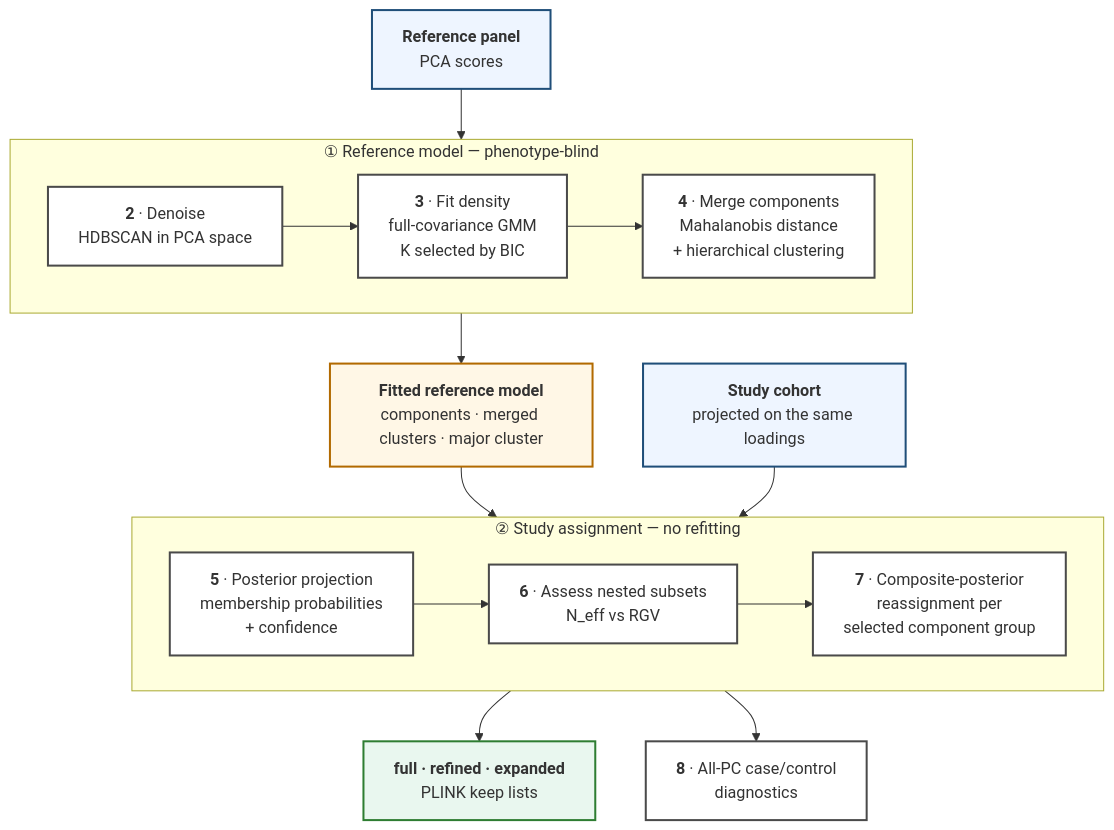
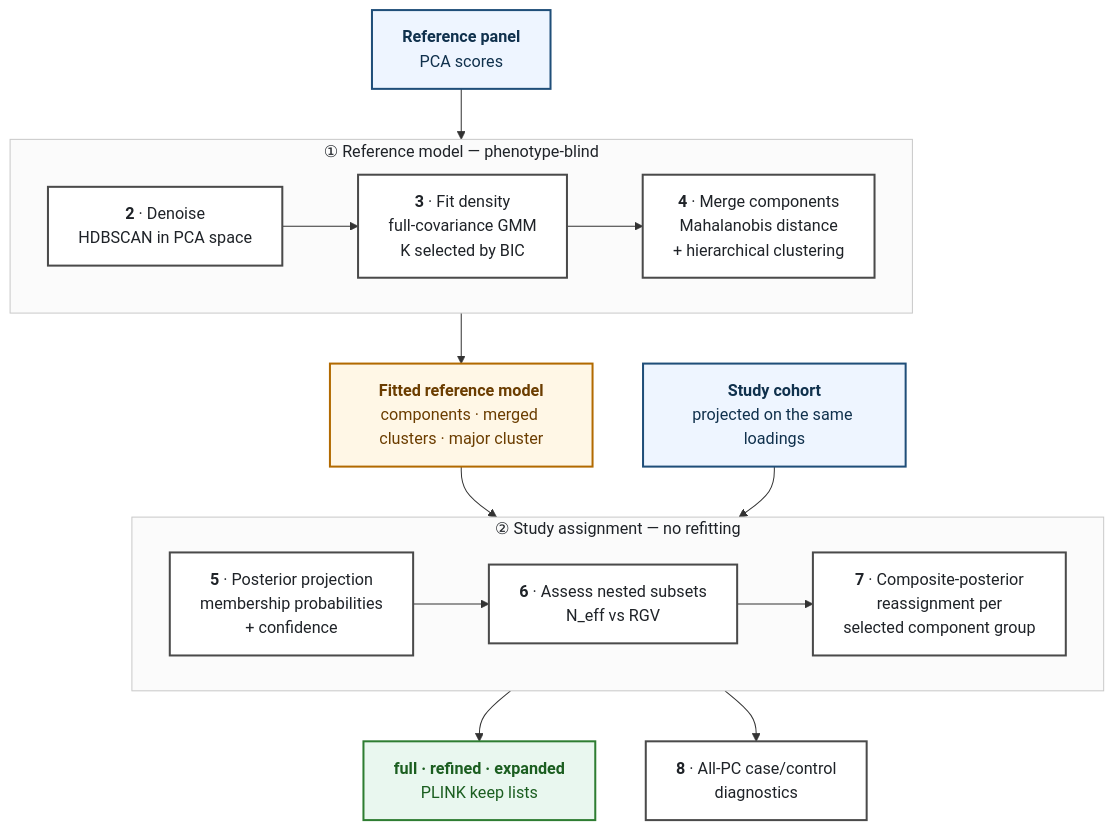
The diagram in README.md (ZhaoTie-re/PopGMM), drawn with Mermaid before and after one commit.

Commit message:
Enhance Mermaid diagram styles for improved readability and consistency

````diff
--- a/README.md
+++ b/README.md
@@ -78,38 +78,41 @@
 ```mermaid
 flowchart TB
-    classDef in fill:#eef5ff,stroke:#1f4e79,stroke-width:2px;
-    classDef step fill:#ffffff,stroke:#4a4a4a,stroke-width:2px;
-    classDef model fill:#fff7e6,stroke:#b26a00,stroke-width:2px;
-    classDef out fill:#e9f7ef,stroke:#2e7d32,stroke-width:2px;
+    classDef in fill:#eef5ff,stroke:#1f4e79,stroke-width:2px,color:#10314d;
+    classDef step fill:#ffffff,stroke:#4a4a4a,stroke-width:2px,color:#1f2328;
+    classDef model fill:#fff7e6,stroke:#b26a00,stroke-width:2px,color:#6b3d00;
+    classDef out fill:#e9f7ef,stroke:#2e7d32,stroke-width:2px,color:#1b5e20;
 
     X0["<b>Reference panel</b><br/>PCA scores"]:::in
     X1["<b>Study cohort</b><br/>projected on the same loadings"]:::in
 
     subgraph LEARN["① Reference model — phenotype-blind"]
         direction LR
         A1["<b>2</b> · Denoise<br/>HDBSCAN in PCA space"]:::step
         A2["<b>3</b> · Fit density<br/>full-covariance GMM<br/>K selected by BIC"]:::step
         A3["<b>4</b> · Merge components<br/>Mahalanobis distance<br/>+ hierarchical clustering"]:::step
         A1 --> A2 --> A3
     end
 
     THETA["<b>Fitted reference model</b><br/>components · merged clusters · major cluster"]:::model
 
     subgraph ASSIGN["② Study assignment — no refitting"]
         direction LR
         B1["<b>5</b> · Posterior projection<br/>membership probabilities<br/>+ confidence"]:::step
         B2["<b>6</b> · Assess nested subsets<br/>N_eff vs RGV"]:::step
         B3["<b>7</b> · Composite-posterior<br/>reassignment per<br/>selected component group"]:::step
         B1 --> B2 --> B3
     end
 
     OUT["<b>full · refined · expanded</b><br/>PLINK keep lists"]:::out
     DIAG["<b>8</b> · All-PC case/control<br/>diagnostics"]:::step
 
     X0 --> A1
     A3 --> THETA
     THETA --> B1
     X1 --> B1
     B3 --> OUT
     B3 --> DIAG
+
+    style LEARN fill:#fbfbfb,stroke:#c9c9c9,color:#1f2328;
+    style ASSIGN fill:#fbfbfb,stroke:#c9c9c9,color:#1f2328;
 ```
````
